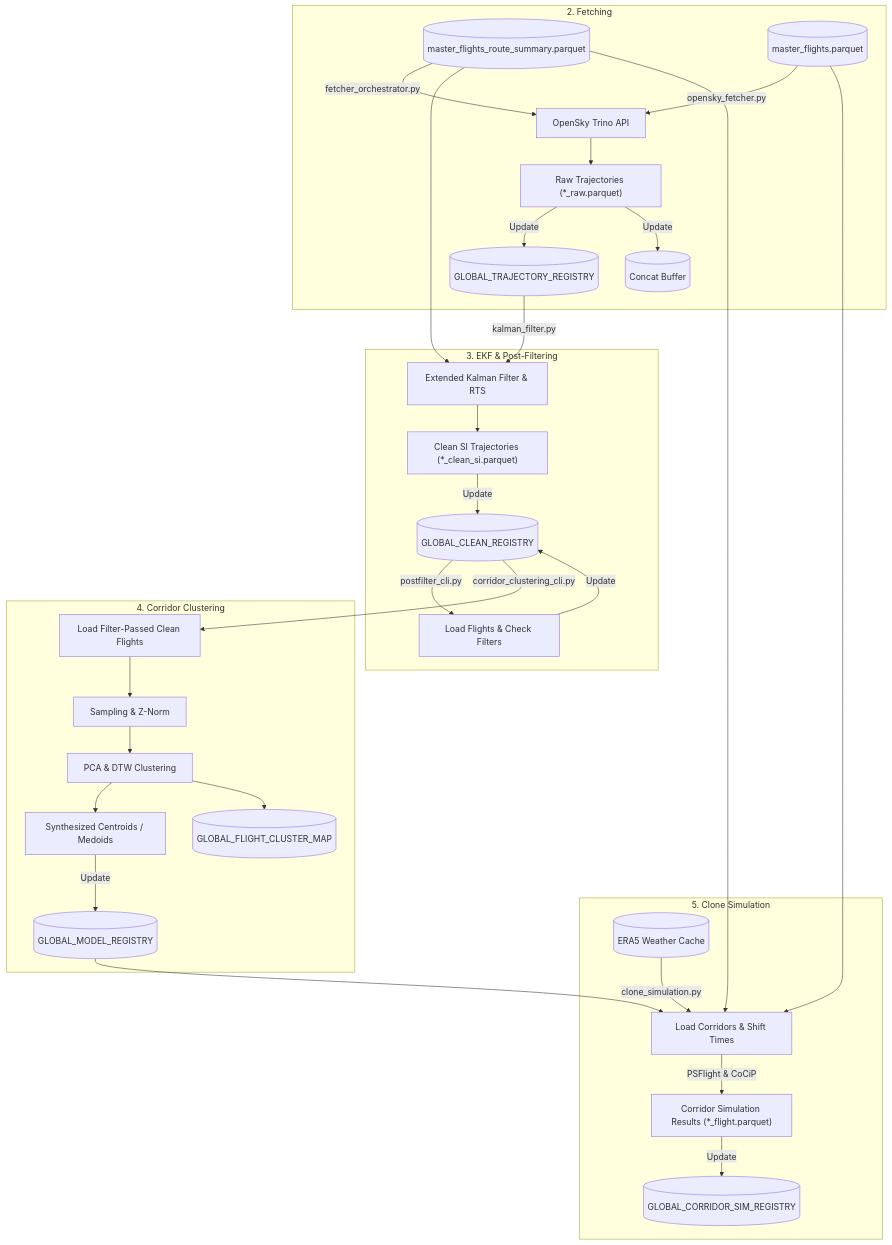
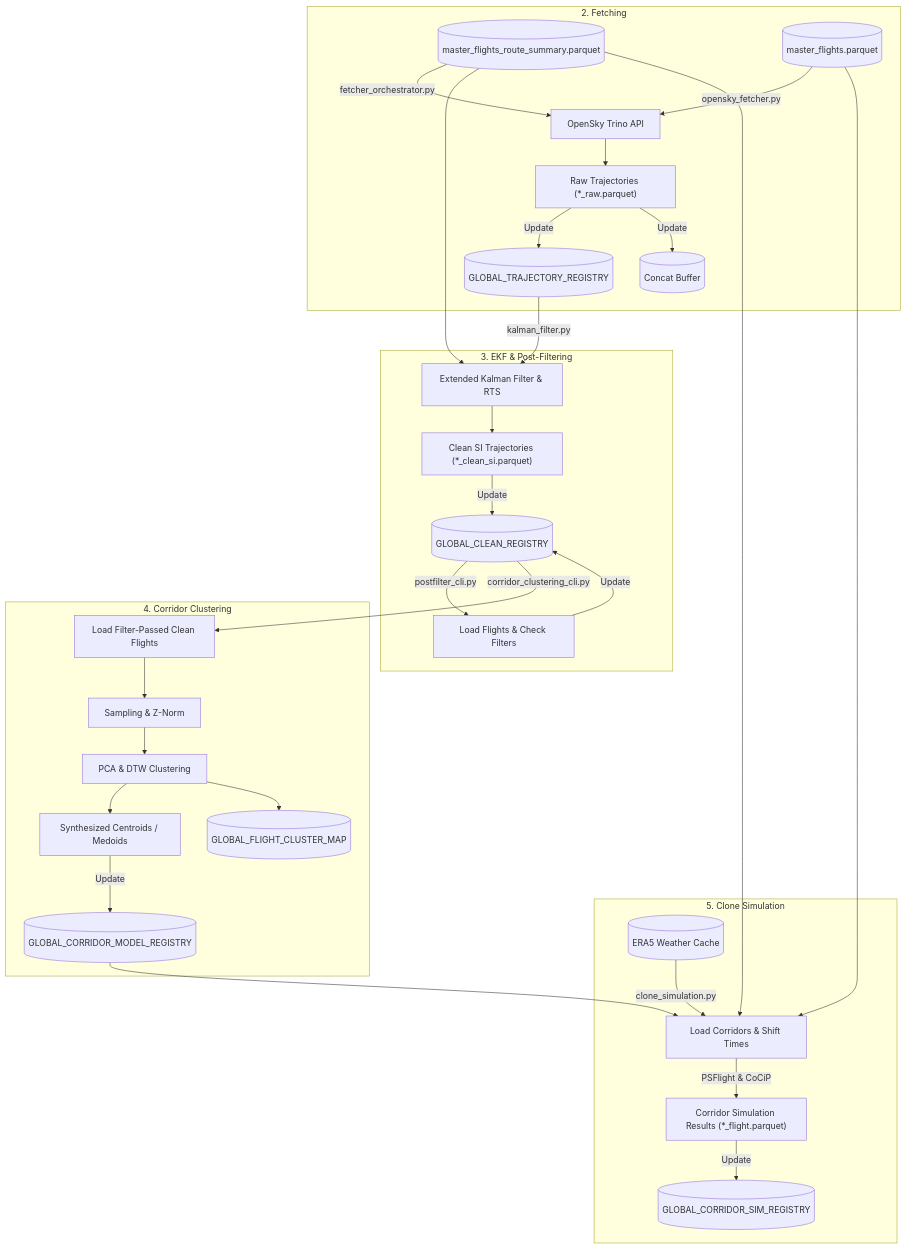
The second of 2 diagrams in README.md (Bauzement123/flight-physics-pipeline), drawn with Mermaid before and after one commit. The commit also changed 16 other files, not shown here.

````diff
--- a/README.md
+++ b/README.md
@@ -48,39 +48,39 @@
 ```mermaid
 flowchart TD
     subgraph Fetching ["2. Fetching"]
         D[(master_flights_route_summary.parquet)] -->|fetcher_orchestrator.py| E1[OpenSky Trino API]
         C[(master_flights.parquet)] -->|opensky_fetcher.py| E1
         E1 --> E2["Raw Trajectories (*_raw.parquet)"]
         E2 -->|Update| E3[(GLOBAL_TRAJECTORY_REGISTRY)]
         E2 -->|Update| E3A[(Concat Buffer)]
     end
 
     subgraph EKF_PostFilter ["3. EKF & Post-Filtering"]
         E3 -->|kalman_filter.py| E4[Extended Kalman Filter & RTS]
         D --> E4
         E4 --> E5["Clean SI Trajectories (*_clean_si.parquet)"]
         E5 -->|Update| E6[(GLOBAL_CLEAN_REGISTRY)]
         
         E6 -->|postfilter_cli.py| P1[Load Flights & Check Filters]
         P1 -->|Update| E6
     end
 
     subgraph Corridor_Synthesis ["4. Corridor Clustering"]
         E6 -->|corridor_clustering_cli.py| F1[Load Filter-Passed Clean Flights]
         F1 --> F2[Sampling & Z-Norm]
         F2 --> F3[PCA & DTW Clustering]
         
         F3 --> F4["Synthesized Centroids / Medoids"]
         F3 --> F5[(GLOBAL_FLIGHT_CLUSTER_MAP)]
-        F4 -->|Update| F6[(GLOBAL_MODEL_REGISTRY)]
+        F4 -->|Update| F6[(GLOBAL_CORRIDOR_MODEL_REGISTRY)]
     end
 
     subgraph Physics_Simulation ["5. Clone Simulation"]
         W1[(ERA5 Weather Cache)] -->|clone_simulation.py| S1[Load Corridors & Shift Times]
         F6 --> S1
         C --> S1
         D --> S1
         S1 -->|PSFlight & CoCiP| S2["Corridor Simulation Results (*_flight.parquet)"]
         S2 -->|Update| S3[(GLOBAL_CORRIDOR_SIM_REGISTRY)]
     end
 ```
````
